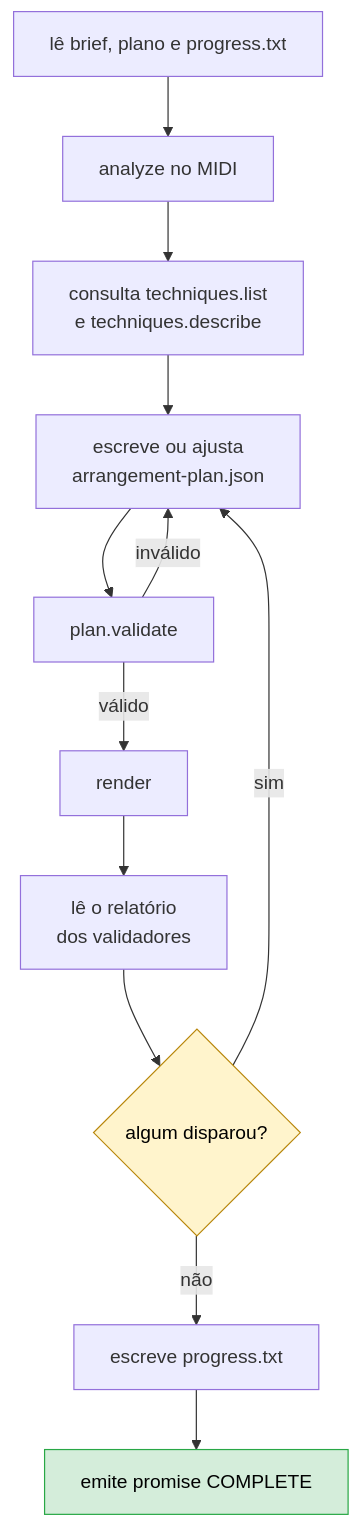
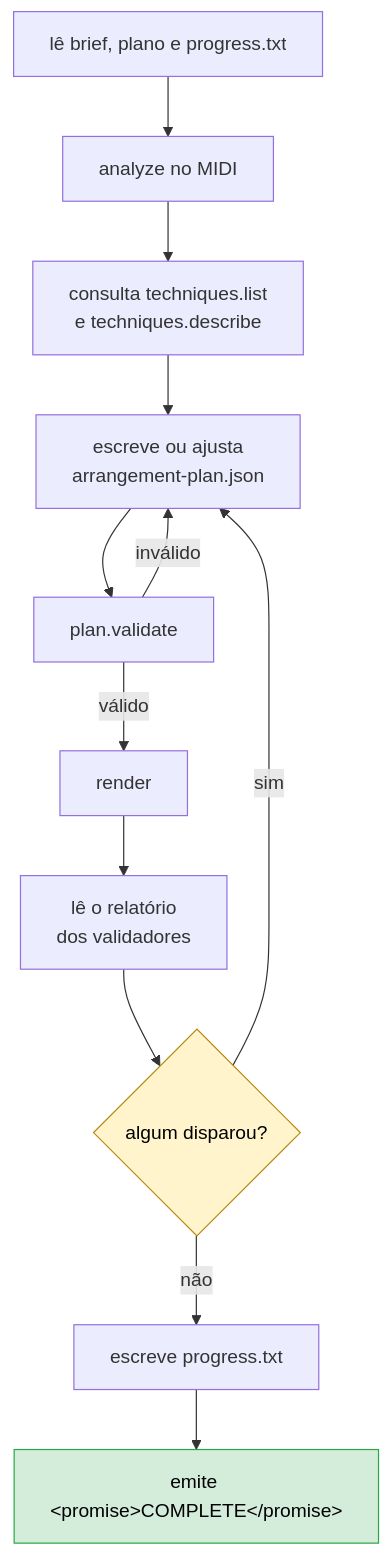
Before and after one commit to OvictorVieira/midi.arranger.cli: the third of 5 diagrams in docs/fluxo-harness.md, drawn with Mermaid. The commit also changed other lines of this file and 11 other files, not shown here.

````diff
--- a/docs/fluxo-harness.md
+++ b/docs/fluxo-harness.md
@@ -80,17 +83,17 @@
 ```mermaid
 flowchart TD
     A[lê brief, plano e progress.txt] --> B[analyze no MIDI]
     B --> C[consulta techniques.list<br/>e techniques.describe]
     C --> D[escreve ou ajusta<br/>arrangement-plan.json]
     D --> E[plan.validate]
     E -->|inválido| D
     E -->|válido| F[render]
     F --> G[lê o relatório<br/>dos validadores]
     G --> H{algum disparou?}
     H -->|sim| D
     H -->|não| I[escreve progress.txt]
-    I --> J[emite promise COMPLETE]
+    I --> J[emite &lt;promise&gt;COMPLETE&lt;/promise&gt;]
 
     style J fill:#d4edda,stroke:#28a745,color:#000
     style H fill:#fff4cc,stroke:#b8860b,color:#000
 ```
````
